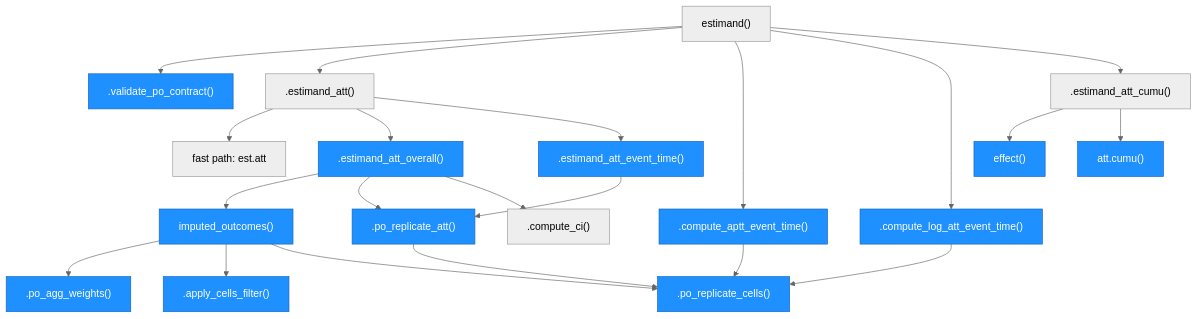
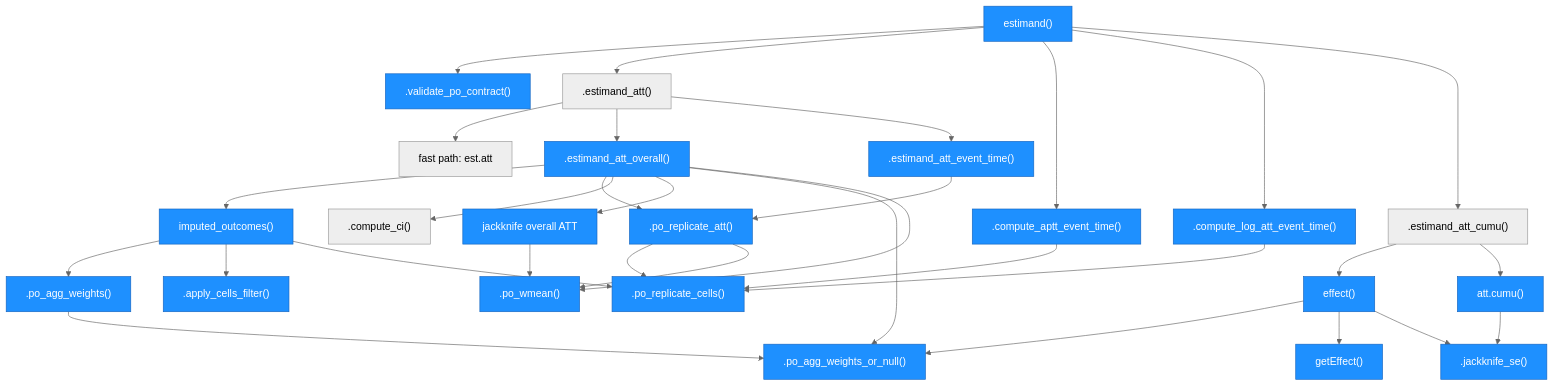
The fourth of 6 diagrams in ARCHITECTURE.md (xuyiqing/fect), drawn with Mermaid before and after one commit. The commit also changed other lines of this file, not shown here.

First line of the commit message:
docs: ARCHITECTURE.md covers the final fixes on PR #151

````diff
--- a/ARCHITECTURE.md
+++ b/ARCHITECTURE.md
@@ -290,55 +298,76 @@
 ```mermaid
 %%{init: {'theme': 'neutral'}}%%
 graph TD
     ES["estimand()"]
     VC[".validate_po_contract()"]
     EA[".estimand_att()"]
     FP["fast path: est.att"]
     OV[".estimand_att_overall()"]
     ET[".estimand_att_event_time()"]
     AP[".compute_aptt_event_time()"]
     LA[".compute_log_att_event_time()"]
     CU[".estimand_att_cumu()"]
     EF["effect()"]
     AC["att.cumu()"]
     IO["imputed_outcomes()"]
     AW[".po_agg_weights()"]
     CF[".apply_cells_filter()"]
     RA[".po_replicate_att()"]
     RC[".po_replicate_cells()"]
     CI[".compute_ci()"]
+    OJ["jackknife overall ATT"]
+    WN[".po_agg_weights_or_null()"]
+    WM[".po_wmean()"]
+    GE["getEffect()"]
+    JS[".jackknife_se()"]
 
     ES --> VC
     ES --> EA
     ES --> AP
     ES --> LA
     ES --> CU
     EA --> FP
     EA --> OV
     EA --> ET
     OV --> IO
     IO --> AW
     IO --> CF
     IO --> RC
     OV --> RA
     ET --> RA
     RA --> RC
     AP --> RC
     LA --> RC
     OV --> CI
     CU --> EF
     CU --> AC
+    OV --> OJ
+    AW --> WN
+    OV --> WN
+    OV --> WM
+    OJ --> WM
+    RA --> WM
+    EF --> WN
+    EF --> GE
+    EF --> JS
+    AC --> JS
 
     style VC fill:#1e90ff,stroke:#1565c0,color:#fff
     style OV fill:#1e90ff,stroke:#1565c0,color:#fff
     style ET fill:#1e90ff,stroke:#1565c0,color:#fff
     style AP fill:#1e90ff,stroke:#1565c0,color:#fff
     style LA fill:#1e90ff,stroke:#1565c0,color:#fff
     style IO fill:#1e90ff,stroke:#1565c0,color:#fff
     style AW fill:#1e90ff,stroke:#1565c0,color:#fff
     style CF fill:#1e90ff,stroke:#1565c0,color:#fff
     style RA fill:#1e90ff,stroke:#1565c0,color:#fff
     style RC fill:#1e90ff,stroke:#1565c0,color:#fff
     style EF fill:#1e90ff,stroke:#1565c0,color:#fff
     style AC fill:#1e90ff,stroke:#1565c0,color:#fff
+    style ES fill:#1e90ff,stroke:#1565c0,color:#fff
+    style OJ fill:#1e90ff,stroke:#1565c0,color:#fff
+    style WN fill:#1e90ff,stroke:#1565c0,color:#fff
+    style WM fill:#1e90ff,stroke:#1565c0,color:#fff
+    style GE fill:#1e90ff,stroke:#1565c0,color:#fff
+    style JS fill:#1e90ff,stroke:#1565c0,color:#fff
 ```
````
